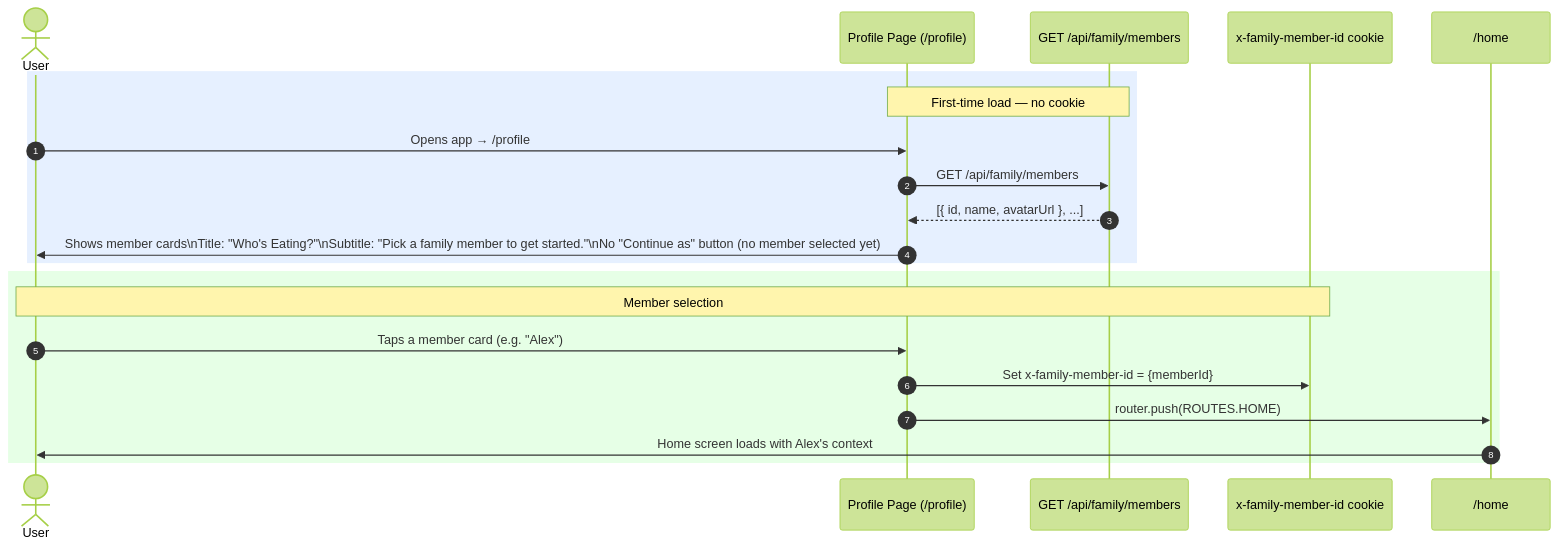
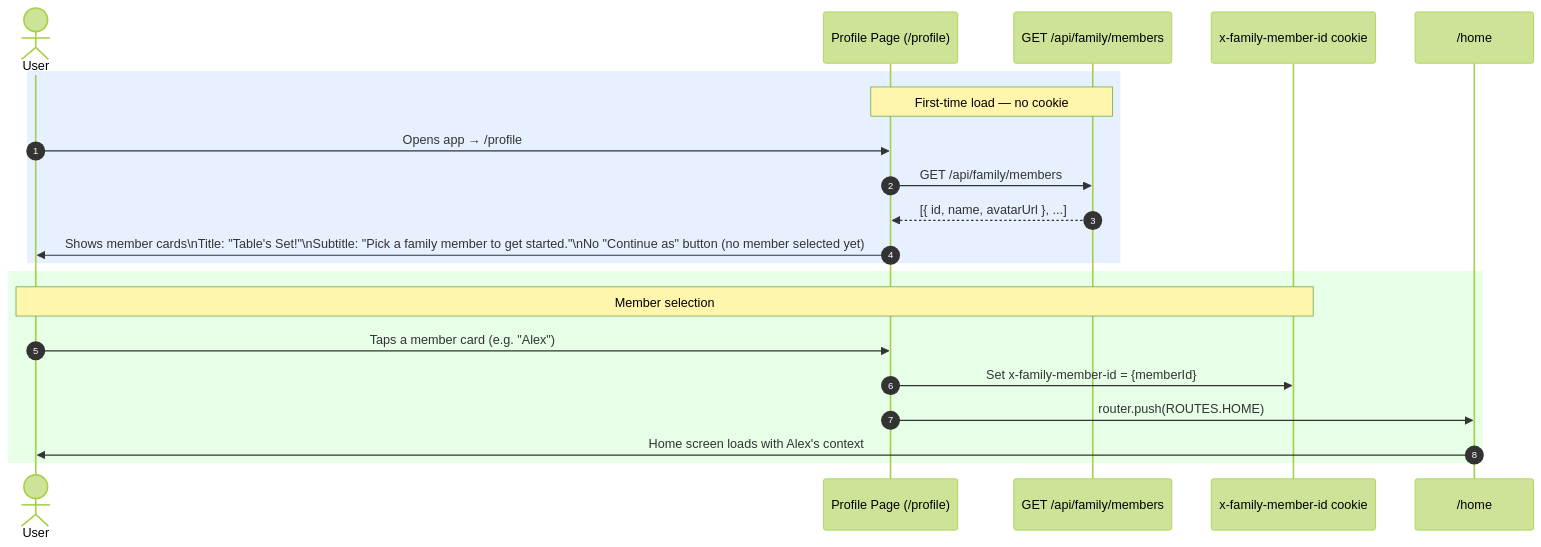
The second of 3 diagrams in docs/flows/user-flows/profile-member-selection.md (AlexandreBrisebois/whats-for-supper), drawn with Mermaid (forest theme) before and after one commit. The commit also changed other lines of this file and 35 other files, not shown here.

Commit message:
refactor: rename profile page title to "Table's Set!", update passphrase, and standardize test localization utilities.

````diff
--- a/docs/flows/user-flows/profile-member-selection.md
+++ b/docs/flows/user-flows/profile-member-selection.md
@@ -42,26 +42,26 @@
 ```mermaid
 sequenceDiagram
     autonumber
 
     actor User
     participant Profile as Profile Page (/profile)
     participant API as GET /api/family/members
     participant Cookie as x-family-member-id cookie
     participant Home as /home
 
     rect rgb(230, 240, 255)
         note over Profile,API: First-time load — no cookie
         User->>Profile: Opens app → /profile
         Profile->>API: GET /api/family/members
         API-->>Profile: [{ id, name, avatarUrl }, ...]
-        Profile->>User: Shows member cards\nTitle: "Who's Eating?"\nSubtitle: "Pick a family member to get started."\nNo "Continue as" button (no member selected yet)
+        Profile->>User: Shows member cards\nTitle: "Table's Set!"\nSubtitle: "Pick a family member to get started."\nNo "Continue as" button (no member selected yet)
     end
 
     rect rgb(230, 255, 230)
         note over User,Cookie: Member selection
         User->>Profile: Taps a member card (e.g. "Alex")
         Profile->>Cookie: Set x-family-member-id = {memberId}
         Profile->>Home: router.push(ROUTES.HOME)
         Home->>User: Home screen loads with Alex's context
     end
 ```
````
